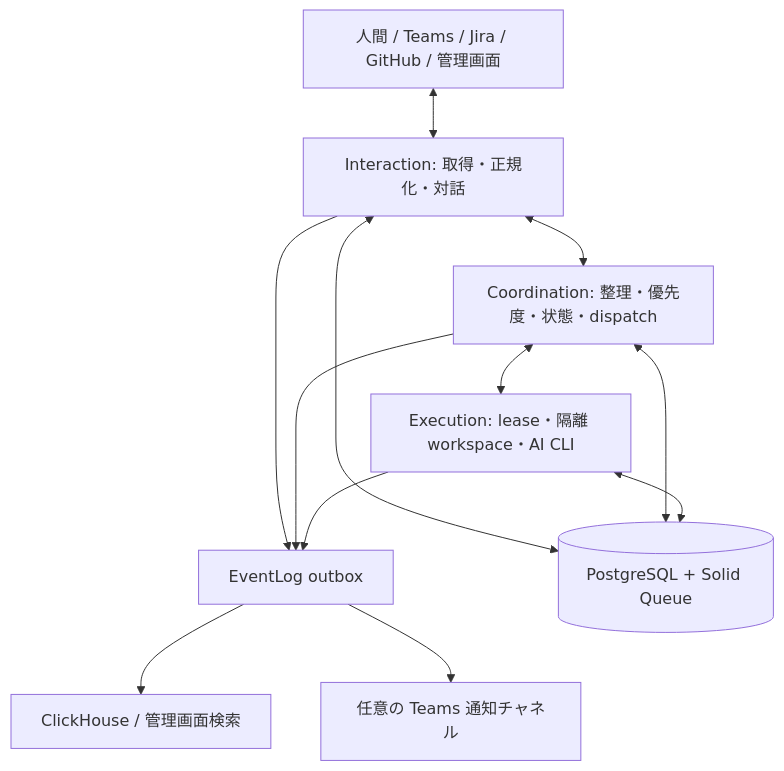
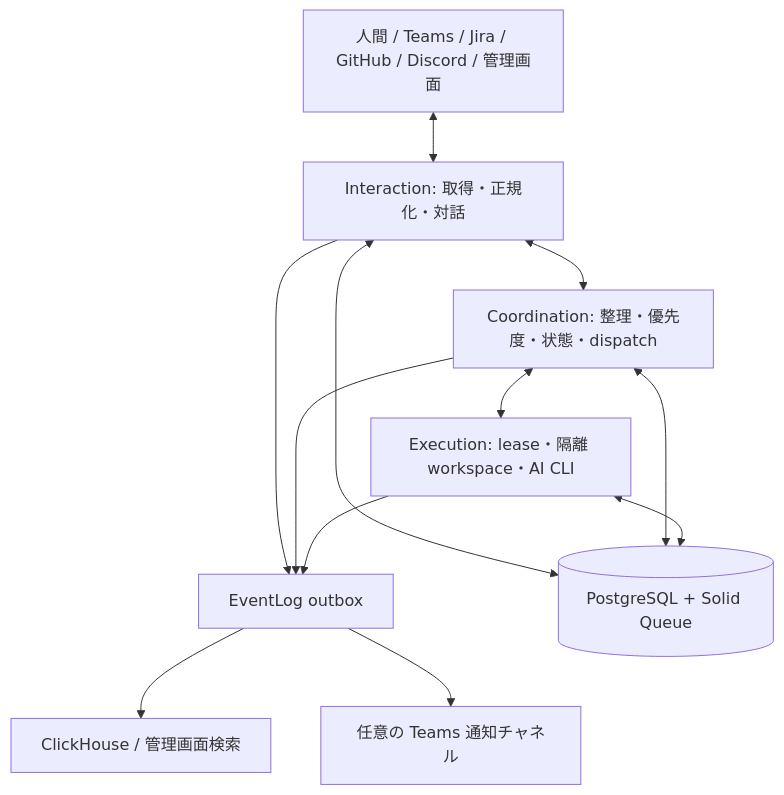
One commit to YusukeIwaki/aiconshell changed the diagram in docs/architecture.md. Above: the diagram before and after it, drawn with Mermaid. The commit also changed other lines of this file and 23 other files, not shown here.

````diff
--- a/docs/architecture.md
+++ b/docs/architecture.md
@@ -7,14 +7,14 @@
 ```mermaid
 flowchart TB
-  Human[人間 / Teams / Jira / GitHub / 管理画面] <--> I[Interaction: 取得・正規化・対話]
+  Human[人間 / Teams / Jira / GitHub / Discord / 管理画面] <--> I[Interaction: 取得・正規化・対話]
   I <--> C[Coordination: 整理・優先度・状態・dispatch]
   C <--> E[Execution: lease・隔離 workspace・AI CLI]
   I --> O[EventLog outbox]
   C --> O
   E --> O
   O --> CH[ClickHouse / 管理画面検索]
   O --> T[任意の Teams 通知チャネル]
   I <--> DB[(PostgreSQL + Solid Queue)]
   C <--> DB
   E <--> DB
 ```
````
